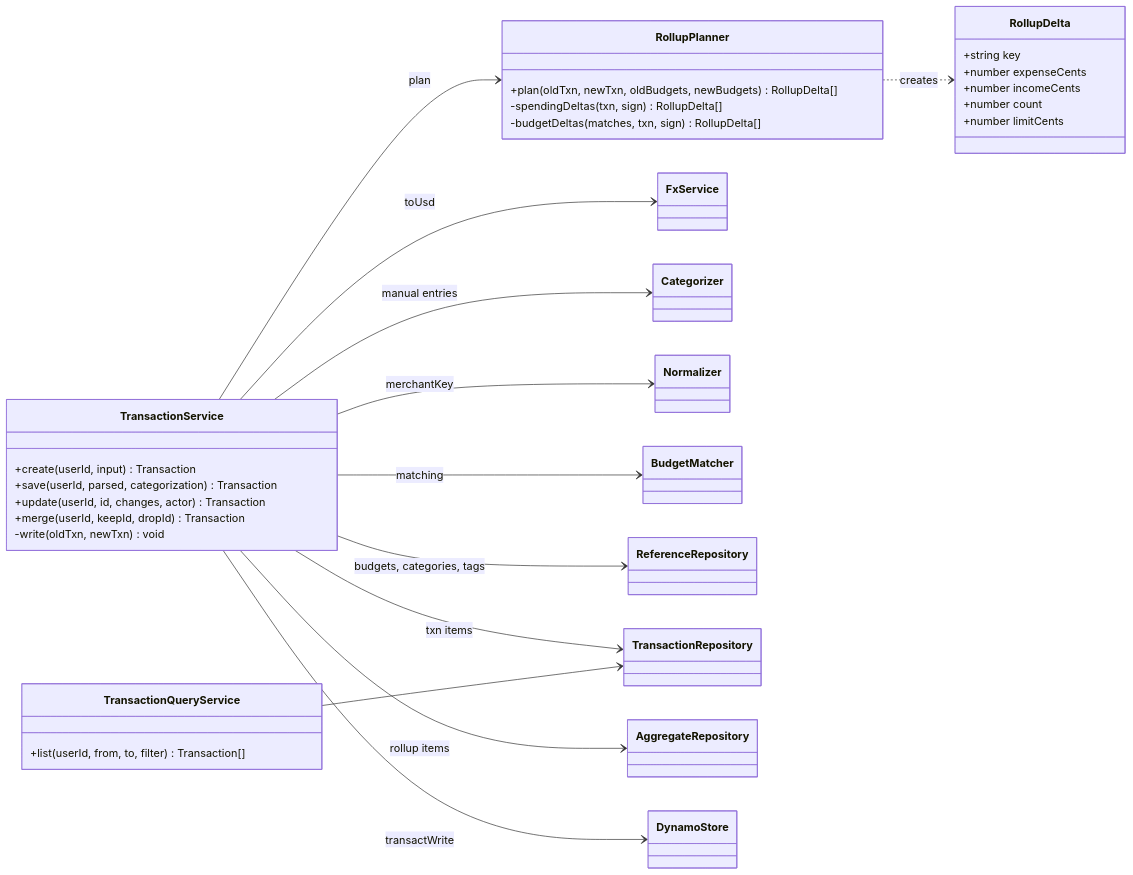
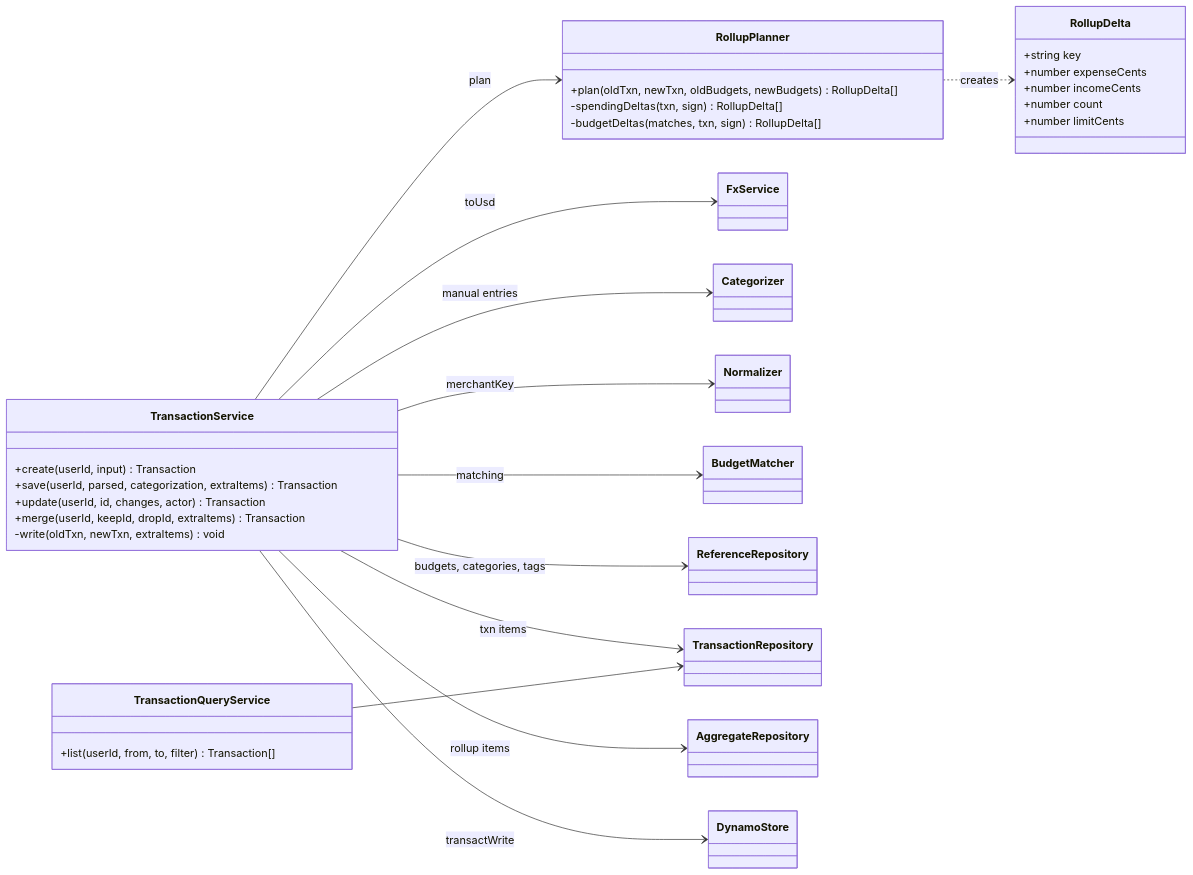
One commit to Ezequiel294/cs3365-finance-app changed the seventh of 17 diagrams in docs/diagrams/class-diagram.md. Above: the diagram before and after it, drawn with Mermaid. The commit also changed other lines of this file and 15 other files, not shown here.

Commit message:
attempt 2 diagram/architecture changes

````diff
--- a/docs/diagrams/class-diagram.md
+++ b/docs/diagrams/class-diagram.md
@@ -748,45 +997,45 @@
 ```mermaid
 classDiagram
     direction LR
     class TransactionService {
         +create(userId, input) Transaction
-        +save(userId, parsed, categorization) Transaction
+        +save(userId, parsed, categorization, extraItems) Transaction
         +update(userId, id, changes, actor) Transaction
-        +merge(userId, keepId, dropId) Transaction
-        -write(oldTxn, newTxn) void
+        +merge(userId, keepId, dropId, extraItems) Transaction
+        -write(oldTxn, newTxn, extraItems) void
     }
     class TransactionQueryService {
         +list(userId, from, to, filter) Transaction[]
     }
     class RollupPlanner {
         +plan(oldTxn, newTxn, oldBudgets, newBudgets) RollupDelta[]
         -spendingDeltas(txn, sign) RollupDelta[]
         -budgetDeltas(matches, txn, sign) RollupDelta[]
     }
     class RollupDelta {
         +string key
         +number expenseCents
         +number incomeCents
         +number count
         +number limitCents
     }
     class FxService
     class Categorizer
     class Normalizer
     class BudgetMatcher
     class ReferenceRepository
     class TransactionRepository
     class AggregateRepository
     class DynamoStore
     TransactionService --> FxService : toUsd
     TransactionService --> Normalizer : merchantKey
     TransactionService --> Categorizer : manual entries
     TransactionService --> BudgetMatcher : matching
     TransactionService --> RollupPlanner : plan
     TransactionService --> ReferenceRepository : budgets, categories, tags
     TransactionService --> TransactionRepository : txn items
     TransactionService --> AggregateRepository : rollup items
     TransactionService --> DynamoStore : transactWrite
     RollupPlanner ..> RollupDelta : creates
     TransactionQueryService --> TransactionRepository
 ```
````
